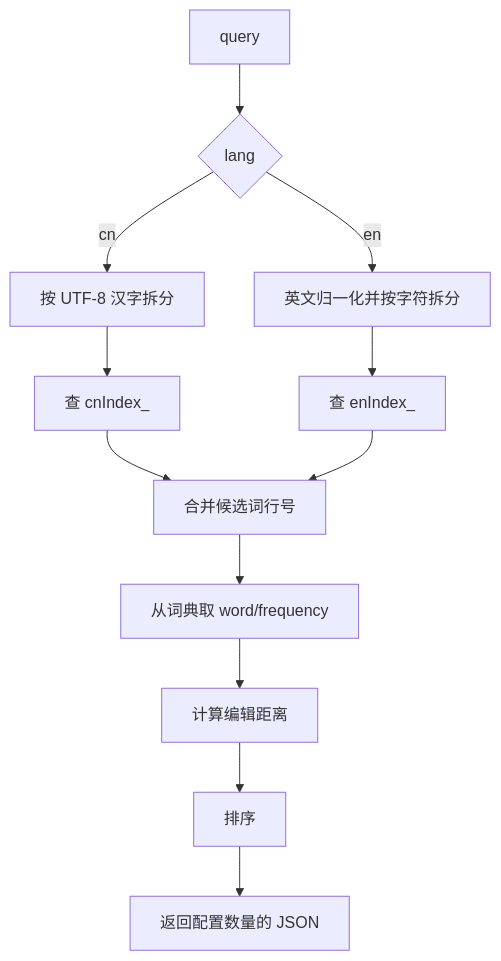
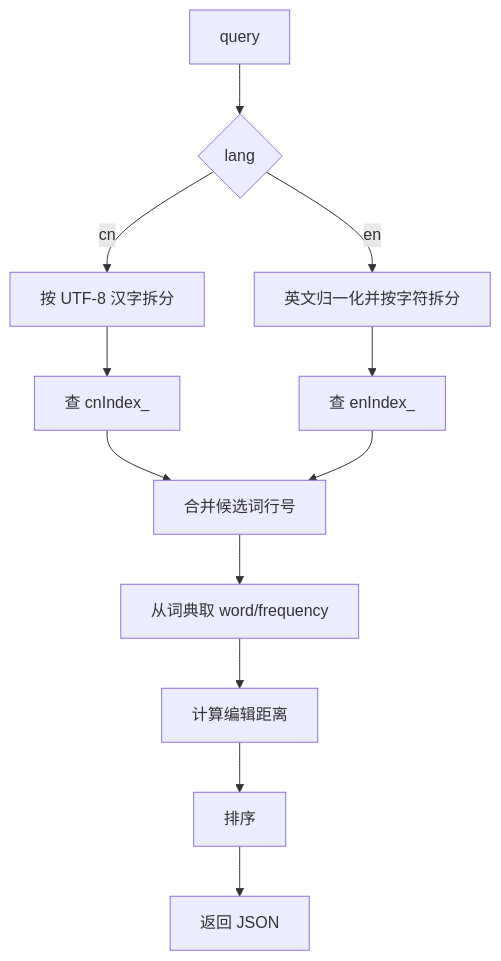
One commit to dijk4tra/Cpp_Advanced changed the eighth of 11 diagrams in 课件/07_搜索引擎项目/03_SearchEngine_V3/README.md. Above: the diagram before and after it, drawn with Mermaid. The commit also changed other lines of this file and 80 other files, not shown here.

````diff
--- a/课件/07_搜索引擎项目/03_SearchEngine_V3/README.md
+++ b/课件/07_搜索引擎项目/03_SearchEngine_V3/README.md
@@ -602,14 +728,14 @@
 ```mermaid
 flowchart TD
     A[query] --> B{lang}
     B -->|cn| C[按 UTF-8 汉字拆分]
     B -->|en| D[英文归一化并按字符拆分]
     C --> E[查 cnIndex_]
     D --> F[查 enIndex_]
     E --> G[合并候选词行号]
     F --> G
     G --> H[从词典取 word/frequency]
     H --> I[计算编辑距离]
     I --> J[排序]
-    J --> K[返回配置数量的 JSON]
+    J --> K[返回 JSON]
 ```
````
